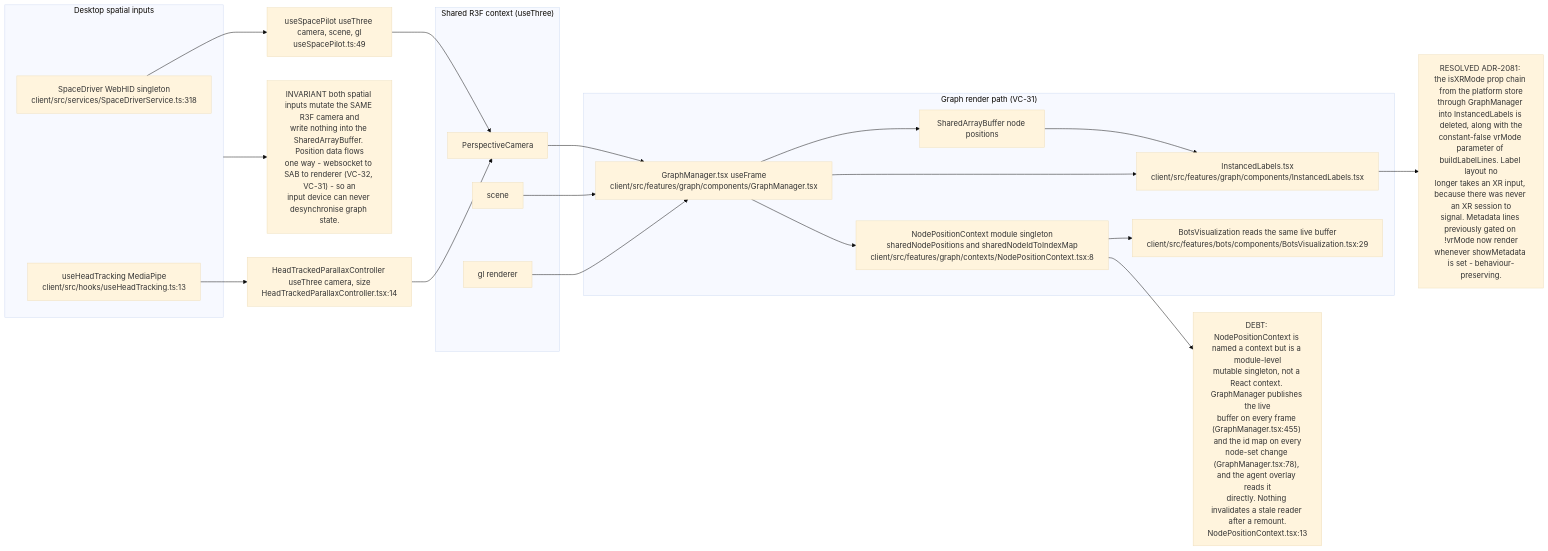
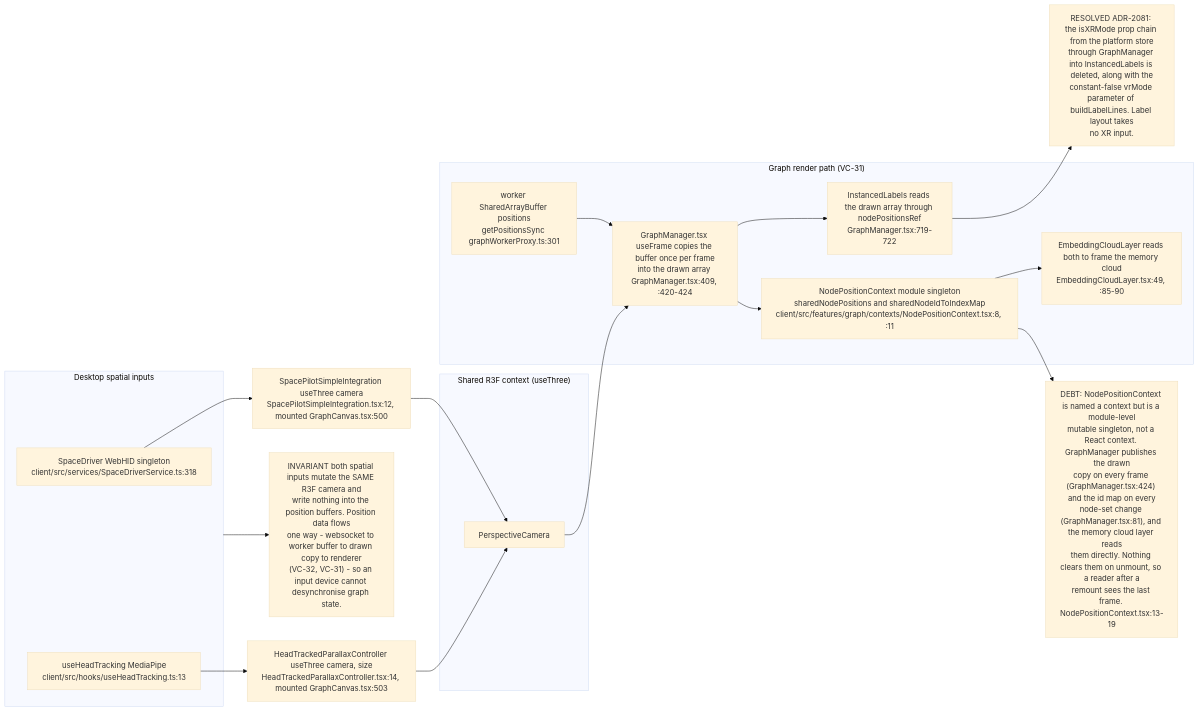
The seventh of 11 diagrams in docs/diagrams/visionclaw/37-browser-xr-and-desktop-input.md (DreamLab-AI/VisionFlow), drawn with Mermaid (base theme) before and after one commit. The commit also changed other lines of this file and 173 other files, not shown here.

````diff
--- a/docs/diagrams/visionclaw/37-browser-xr-and-desktop-input.md
+++ b/docs/diagrams/visionclaw/37-browser-xr-and-desktop-input.md
@@ -300,35 +340,30 @@
 ```mermaid
 flowchart LR
     subgraph inputs["Desktop spatial inputs"]
         SP["SpaceDriver WebHID singleton<br/>client/src/services/SpaceDriverService.ts:318"]
         HT["useHeadTracking MediaPipe<br/>client/src/hooks/useHeadTracking.ts:13"]
     end
     subgraph r3f["Shared R3F context (useThree)"]
         CAM["PerspectiveCamera"]
-        SCN["scene"]
-        GL["gl renderer"]
     end
     subgraph graph["Graph render path (VC-31)"]
-        GMx["GraphManager.tsx useFrame<br/>client/src/features/graph/components/GraphManager.tsx"]
-        SAB["SharedArrayBuffer node positions"]
-        ILx["InstancedLabels.tsx<br/>client/src/features/graph/components/InstancedLabels.tsx"]
-        NPC["NodePositionContext module singleton<br/>sharedNodePositions and sharedNodeIdToIndexMap<br/>client/src/features/graph/contexts/NodePositionContext.tsx:8"]
-        BVx["BotsVisualization reads the same live buffer<br/>client/src/features/bots/components/BotsVisualization.tsx:29"]
+        SAB["worker SharedArrayBuffer positions<br/>getPositionsSync graphWorkerProxy.ts:301"]
+        GMx["GraphManager.tsx useFrame copies the buffer once per frame<br/>into the drawn array GraphManager.tsx:409, :420-424"]
+        ILx["InstancedLabels reads the drawn array through nodePositionsRef<br/>GraphManager.tsx:719-722"]
+        NPC["NodePositionContext module singleton<br/>sharedNodePositions and sharedNodeIdToIndexMap<br/>client/src/features/graph/contexts/NodePositionContext.tsx:8, :11"]
+        ECL["EmbeddingCloudLayer reads both to frame the memory cloud<br/>EmbeddingCloudLayer.tsx:49, :85-90"]
     end
-    SP --> HKx["useSpacePilot useThree camera, scene, gl<br/>useSpacePilot.ts:49"] --> CAM
-    HT --> HPCx["HeadTrackedParallaxController useThree camera, size<br/>HeadTrackedParallaxController.tsx:14"] --> CAM
+    SP --> SIx["SpacePilotSimpleIntegration useThree camera<br/>SpacePilotSimpleIntegration.tsx:12, mounted GraphCanvas.tsx:500"] --> CAM
+    HT --> HPCx["HeadTrackedParallaxController useThree camera, size<br/>HeadTrackedParallaxController.tsx:14, mounted GraphCanvas.tsx:503"] --> CAM
+    SAB --> GMx
     CAM --> GMx
-    SCN --> GMx
-    GL --> GMx
-    GMx --> SAB
-    SAB --> ILx
     GMx --> ILx
     GMx --> NPC
-    NPC --> BVx
+    NPC --> ECL
     ILx --> NOTE1
-    NOTE1["RESOLVED ADR-2081: the isXRMode prop chain from the platform store<br/>through GraphManager into InstancedLabels is deleted, along with the<br/>constant-false vrMode parameter of buildLabelLines. Label layout no<br/>longer takes an XR input, because there was never an XR session to<br/>signal. Metadata lines previously gated on !vrMode now render<br/>whenever showMetadata is set - behaviour-preserving."]
+    NOTE1["RESOLVED ADR-2081: the isXRMode prop chain from the platform store<br/>through GraphManager into InstancedLabels is deleted, along with the<br/>constant-false vrMode parameter of buildLabelLines. Label layout takes<br/>no XR input."]
     inputs --> NOTE2
-    NOTE2["INVARIANT both spatial inputs mutate the SAME R3F camera and<br/>write nothing into the SharedArrayBuffer. Position data flows<br/>one way - websocket to SAB to renderer (VC-32, VC-31) - so an<br/>input device can never desynchronise graph state."]
+    NOTE2["INVARIANT both spatial inputs mutate the SAME R3F camera and<br/>write nothing into the position buffers. Position data flows<br/>one way - websocket to worker buffer to drawn copy to renderer<br/>(VC-32, VC-31) - so an input device cannot desynchronise graph state."]
     NPC --> NOTE3
-    NOTE3["DEBT: NodePositionContext is named a context but is a module-level<br/>mutable singleton, not a React context. GraphManager publishes the live<br/>buffer on every frame (GraphManager.tsx:455) and the id map on every<br/>node-set change (GraphManager.tsx:78), and the agent overlay reads it<br/>directly. Nothing invalidates a stale reader after a remount.<br/>NodePositionContext.tsx:13"]
+    NOTE3["DEBT: NodePositionContext is named a context but is a module-level<br/>mutable singleton, not a React context. GraphManager publishes the drawn<br/>copy on every frame (GraphManager.tsx:424) and the id map on every<br/>node-set change (GraphManager.tsx:81), and the memory cloud layer reads<br/>them directly. Nothing clears them on unmount, so a reader after a<br/>remount sees the last frame. NodePositionContext.tsx:13-19"]
 ```
````
